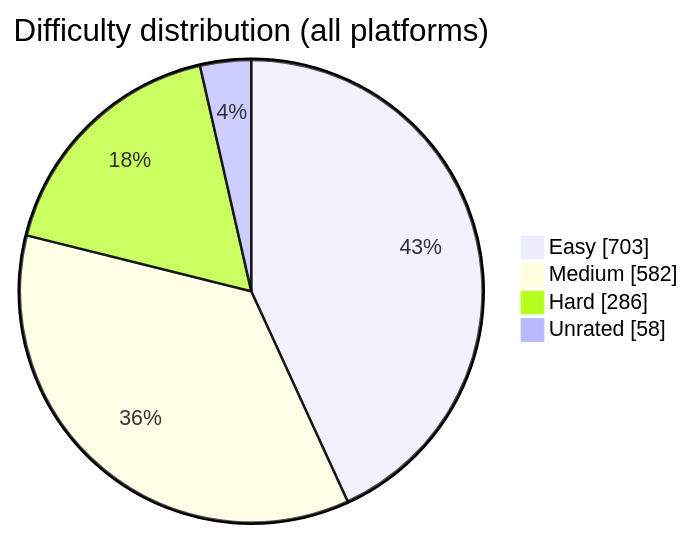
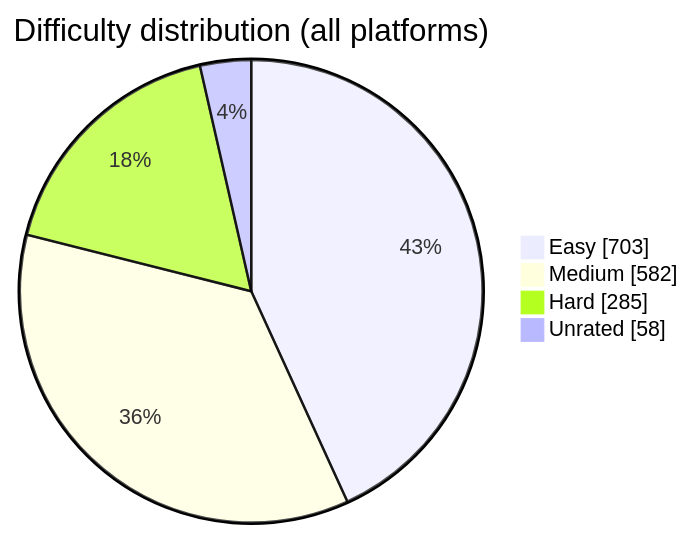
Before and after one commit to BuildbyArindam/Daily-Coding-Log: the diagram in README.md, drawn with Mermaid. The commit also changed other lines of this file, not shown here.

````diff
--- a/README.md
+++ b/README.md
@@ -93,7 +93,7 @@
 ```mermaid
 pie showData title Difficulty distribution (all platforms)
     "Easy" : 703
     "Medium" : 582
-    "Hard" : 286
+    "Hard" : 285
     "Unrated" : 58
 ```
````
